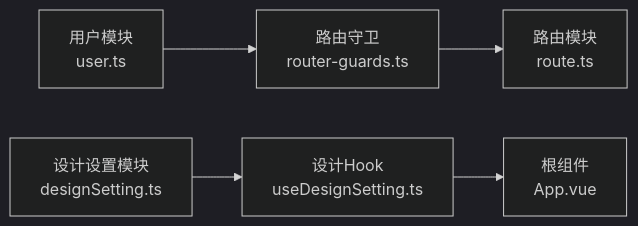
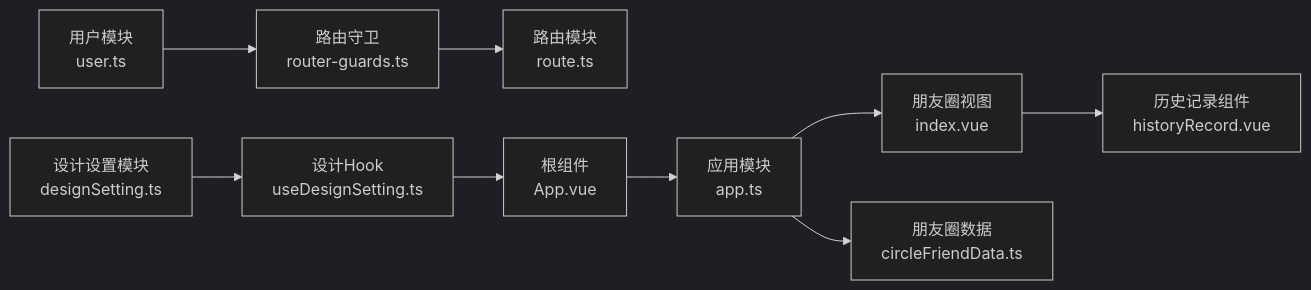
The tenth of 11 diagrams in .qoder/repowiki/zh/content/架构设计/数据流设计.md (giserman001/vue3-vant4-mobile), drawn with Mermaid (dark theme) before and after one commit. The commit also changed other lines of this file and 60 other files, not shown here.

````diff
--- a/.qoder/repowiki/zh/content/架构设计/数据流设计.md
+++ b/.qoder/repowiki/zh/content/架构设计/数据流设计.md
@@ -316,7 +478,11 @@
 ```mermaid
 graph LR
 U["用户模块<br/>user.ts"] --> RG["路由守卫<br/>router-guards.ts"]
 RG --> RT["路由模块<br/>route.ts"]
 DS["设计设置模块<br/>designSetting.ts"] --> HK["设计Hook<br/>useDesignSetting.ts"]
 HK --> APP["根组件<br/>App.vue"]
+APP --> AS["应用模块<br/>app.ts"]
+AS --> CF["朋友圈视图<br/>index.vue"]
+AS --> CFD["朋友圈数据<br/>circleFriendData.ts"]
+CF --> HR["历史记录组件<br/>historyRecord.vue"]
 ```
````
